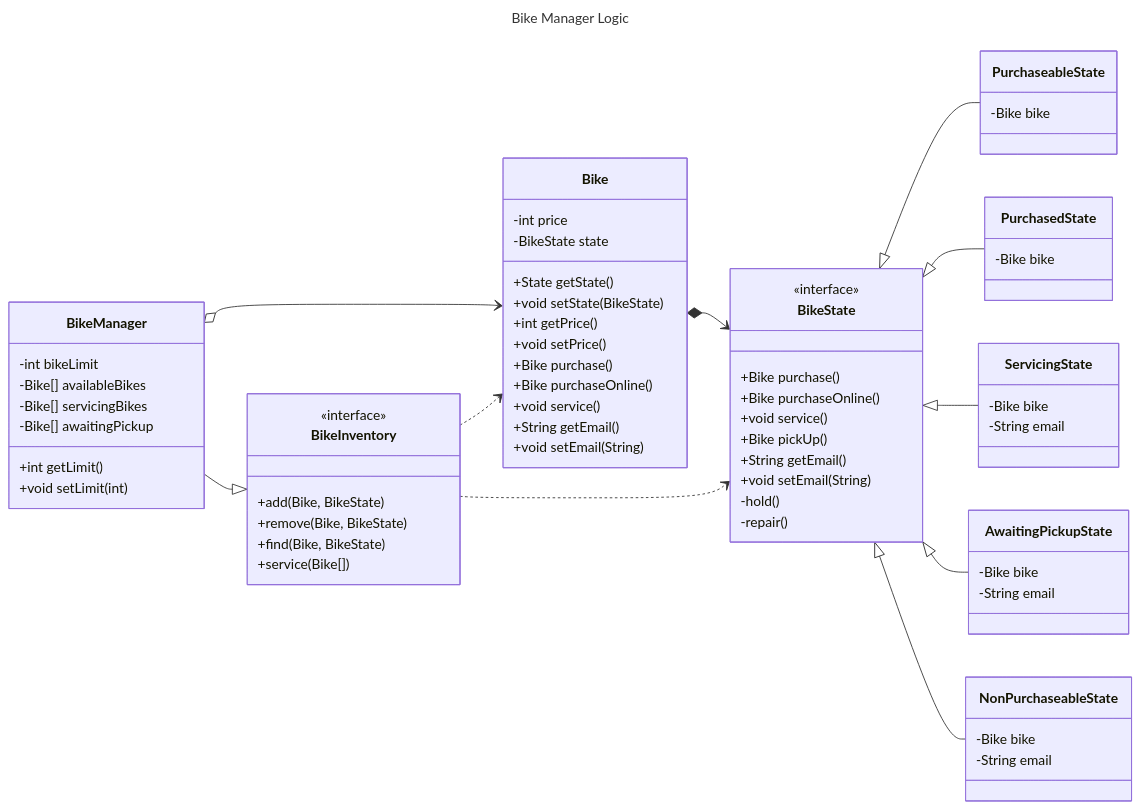
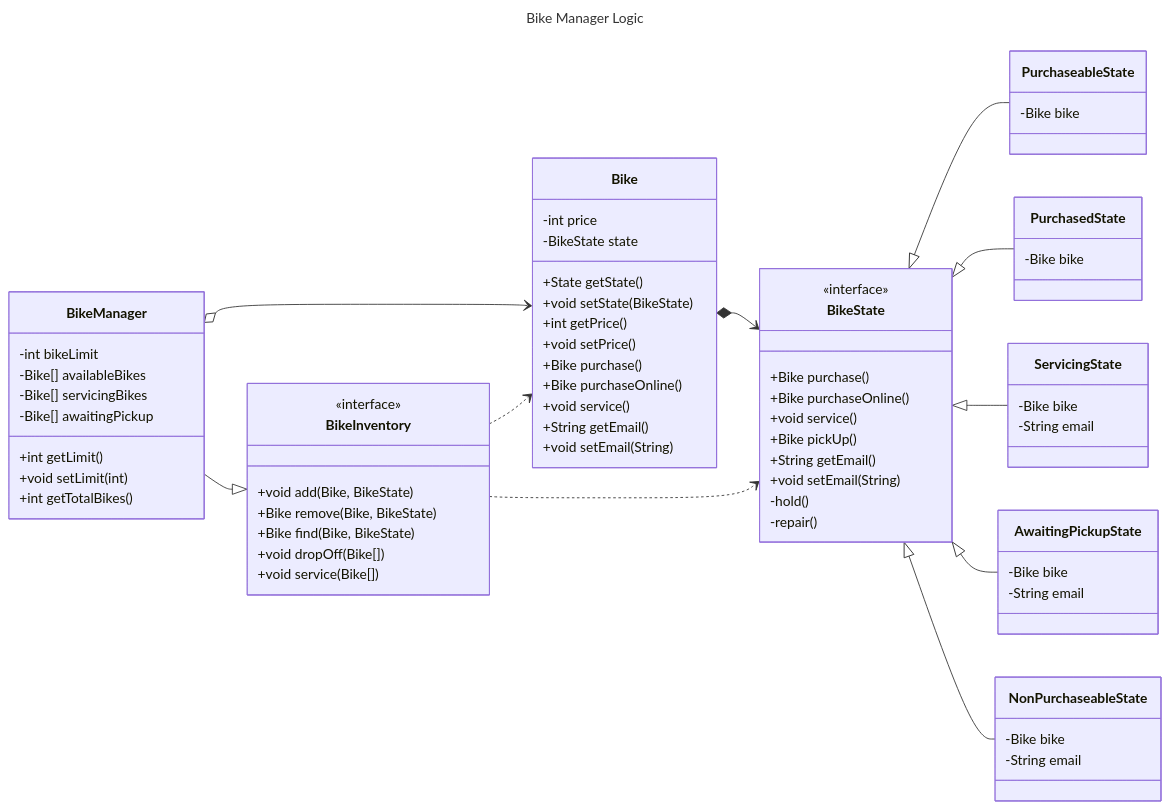
The third of 5 diagrams in docs/readMe.md (JoeJoe-C/oose_2), drawn with Mermaid before and after one commit. The commit also changed other lines of this file and 2 other files, not shown here.

Commit message:
Added UML logic and attempt addition

```diff
--- a/docs/readMe.md
+++ b/docs/readMe.md
@@ -266,14 +267,16 @@
         -Bike[] awaitingPickup
         +int getLimit()
         +void setLimit(int)
+        +int getTotalBikes()
     }
 
     class BikeInventory {
         <<interface>>
-        +add(Bike, BikeState)
-        +remove(Bike, BikeState)
-        +find(Bike, BikeState)
-        +service(Bike[])
+        +void add(Bike, BikeState)
+        +Bike remove(Bike, BikeState)
+        +Bike find(Bike, BikeState)
+        +void dropOff(Bike[])
+        +void service(Bike[])
     } 
     class Bike {
         -int price
```
